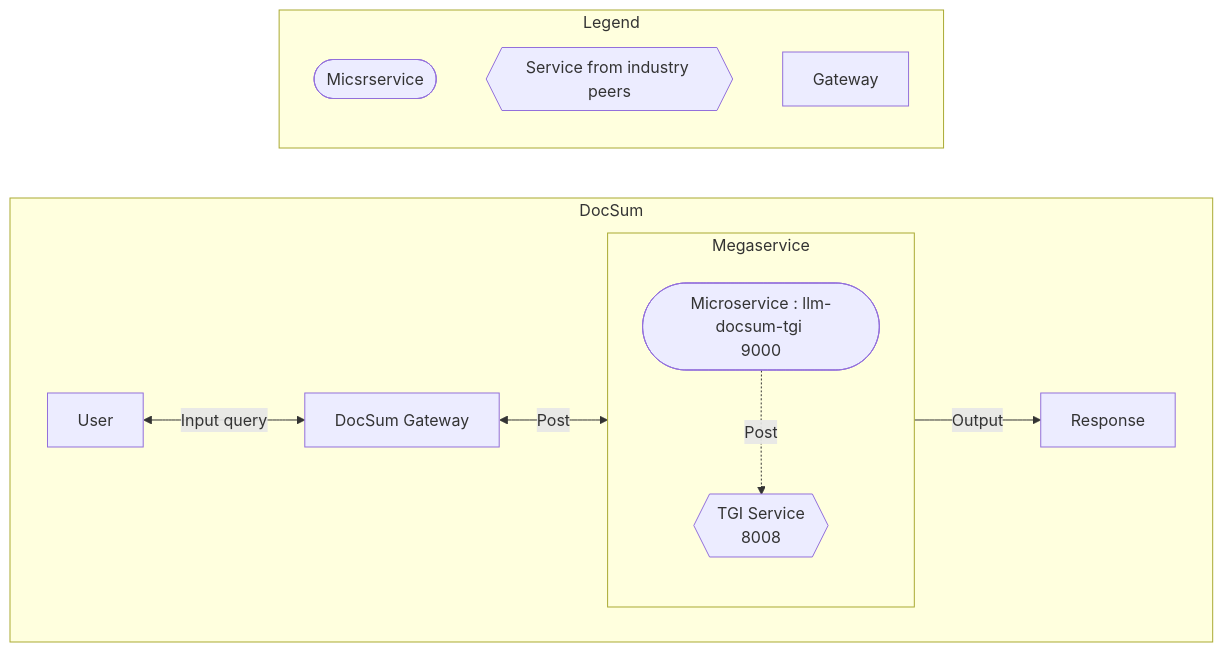
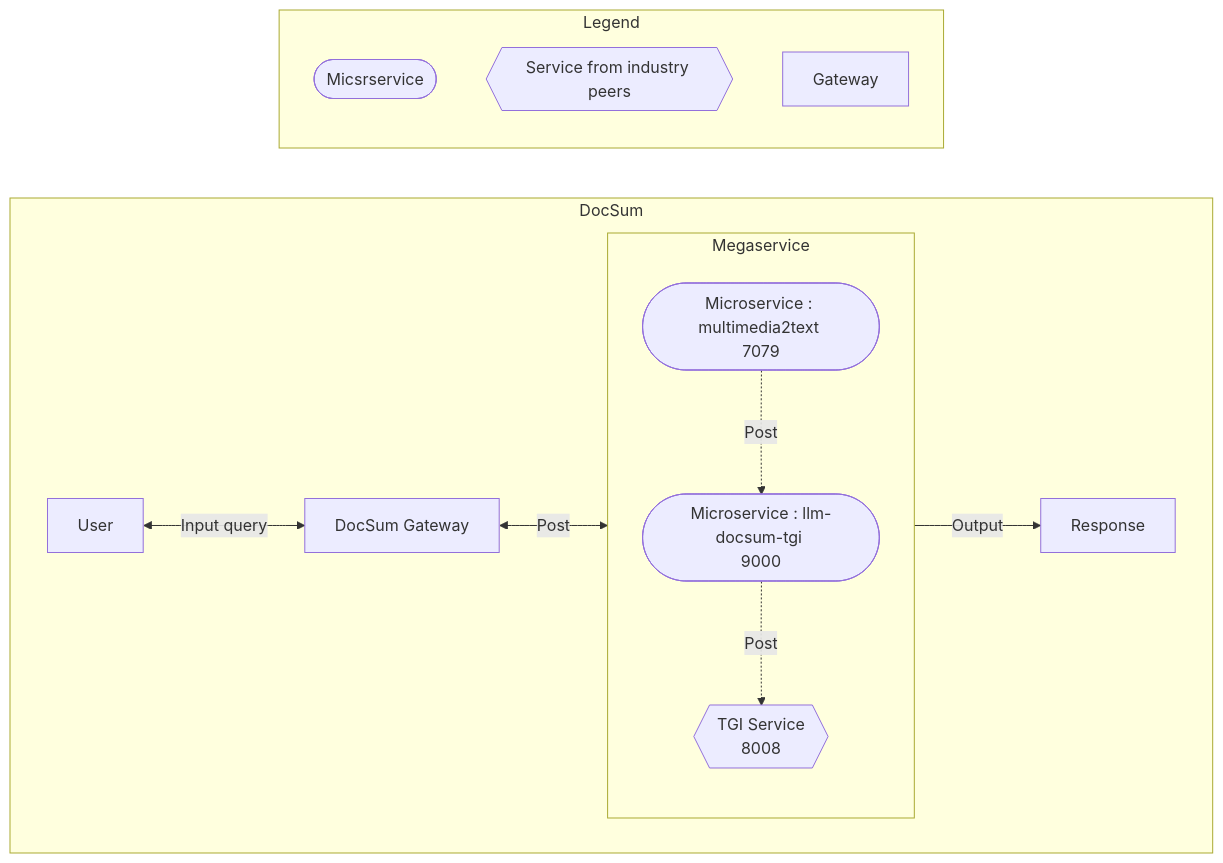
Before and after one commit to opea-project/GenAIExamples: the first of 2 diagrams in DocSum/README.md, drawn with Mermaid. The commit also changed other lines of this file and 1 other file, not shown here.

````diff
--- a/DocSum/README.md
+++ b/DocSum/README.md
@@ -107,18 +107,18 @@
 ```mermaid
 flowchart LR
     subgraph DocSum
         direction LR
         A[User] <--> |Input query| B[DocSum Gateway]
         B <--> |Post| Megaservice
         subgraph Megaservice["Megaservice"]
             direction TB
-            C([ Microservice : llm-docsum-tgi <br>9000]) -. Post .-> D{{TGI Service<br>8008}}
+            C([ Microservice : multimedia2text <br>7079]) -. Post .-> D([ Microservice : llm-docsum-tgi <br>9000]) -. Post .-> E{{TGI Service<br>8008}}
         end
-        Megaservice --> |Output| E[Response]
+        Megaservice --> |Output| F[Response]
     end
     subgraph Legend
         X([Micsrservice])
         Y{{Service from industry peers}}
         Z[Gateway]
     end
 ```
````
